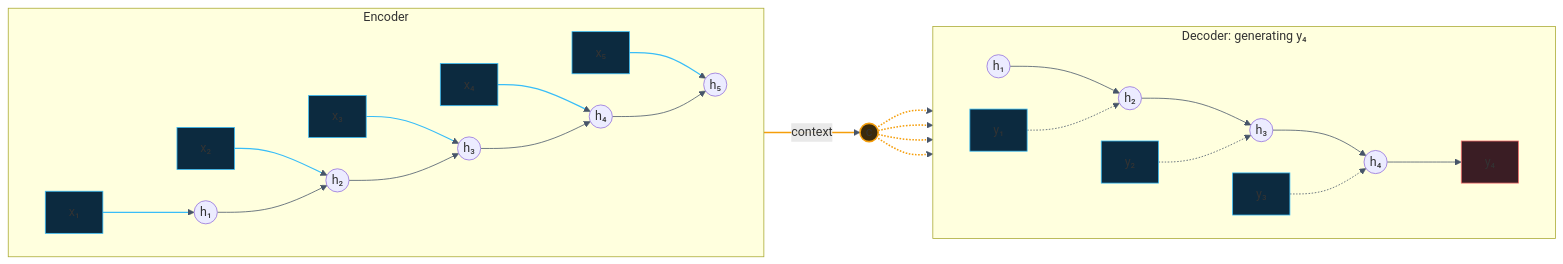
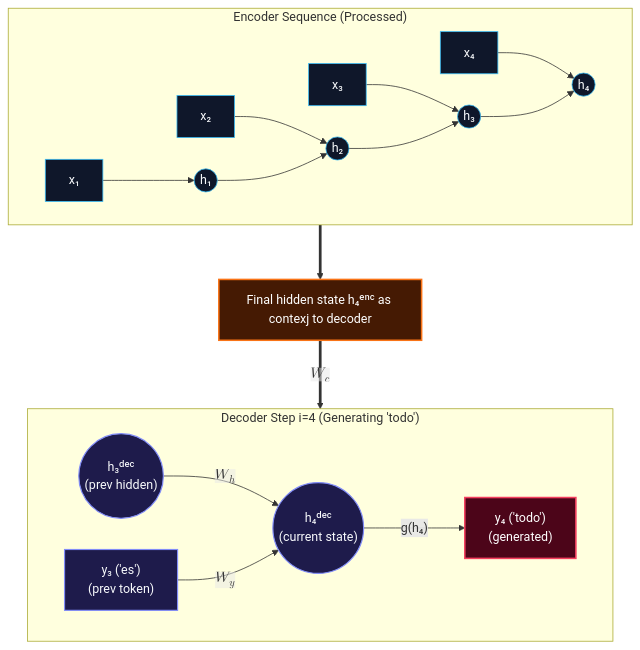
The second of 5 diagrams in _posts/2026-05-02-attention.md (namtiw/namtiw.github.io), drawn with Mermaid before and after one commit. The commit also changed other lines of this file, not shown here.

Commit message:
diagram improvement and add Optimiser intro

```diff
--- a/_posts/2026-05-02-attention.md
+++ b/_posts/2026-05-02-attention.md
@@ -96,35 +122,39 @@
 <pre class="mermaid">
 %%{init: {"flowchart": {"nodeSpacing": 40, "rankSpacing": 70}}}%%
-flowchart LR
-  subgraph ENC["Encoder"]
+flowchart TB
+  subgraph ENC["Encoder Sequence (Processed)"]
     direction LR
-    X1["x₁"] --> H1E(("h₁"))
-    X2["x₂"] --> H2E(("h₂"))
-    X3["x₃"] --> H3E(("h₃"))
-    X4["x₄"] --> H4E(("h₄"))
-    X5["x₅"] --> H5E(("h₅"))
-    H1E --> H2E --> H3E --> H4E --> H5E
+    X1["x₁"] --> E1(("h₁"))
+    X2["x₂"] --> E2(("h₂"))
+    X3["x₃"] --> E3(("h₃"))
+    X4["x₄"] --> E4(("h₄"))
+    E1 --> E2 --> E3 --> E4
   end
-  H5E -- "context" --> C(("c"))
-  subgraph DEC["Decoder: generating y₄"]
+
+  E4 ==> C["Final hidden state h₄ᵉⁿᶜ as contexj to decoder"]
+
+  subgraph DEC["Decoder Step i=4 (Generating 'todo')"]
     direction LR
-    H1D(("h₁")) --> H2D(("h₂")) --> H3D(("h₃")) --> H4D(("h₄"))
-    Y1["y₁"] -.-> H2D
-    Y2["y₂"] -.-> H3D
-    Y3["y₃"] -.-> H4D
-    H4D --> Y4["y₄"]
+    D3(("h₃ᵈᵉᶜ<br/>(prev hidden)"))
+    D4(("h₄ᵈᵉᶜ<br/>(current state)"))
+    Y3["y₃ ('es')<br/>(prev token)"]
+    Y4["y₄ ('todo')<br/>(generated)"]
+
+    D3 -- "$$W_h$$" --> D4
+    Y3 -- "$$W_y$$" --> D4
+    D4 -- "g(h₄)" --> Y4
   end
-  C -.-> H1D
-  C -.-> H2D
-  C -.-> H3D
-  C -.-> H4D
-  classDef inp fill:#0C2A3F,stroke:#38BDF8
-  classDef outp fill:#3A1D24,stroke:#F87171
-  classDef focus fill:#3A2A0C,stroke:#F59E0B,stroke-width:2px
-  class X1,X2,X3,X4,X5,Y1,Y2,Y3 inp
-  class Y4 outp
-  class C focus
-  linkStyle default stroke:#475569,stroke-width:1px
-  linkStyle 0,1,2,3,4 stroke:#38BDF8,stroke-width:1.5px
-  linkStyle 9,17,18,19,20 stroke:#F59E0B,stroke-width:2px
+
+  C ==>|"$$W_c$$"| D4
+
+  %% Styling
+  classDef encNode fill:#0f172a,stroke:#38bdf8,stroke-width:1px,color:#f8fafc
+  classDef decNode fill:#1e1b4b,stroke:#818cf8,stroke-width:1.5px,color:#f8fafc
+  classDef context fill:#451a03,stroke:#f97316,stroke-width:2px,color:#fff
+  classDef outNode fill:#4c0519,stroke:#f43f5e,stroke-width:2px,color:#fff
+
+  class X1,X2,X3,X4,X5,E1,E2,E3,E4,E5 encNode
+  class D3,D4,Y3 decNode
+  class C context
+  class Y4 outNode
 </pre>
```
